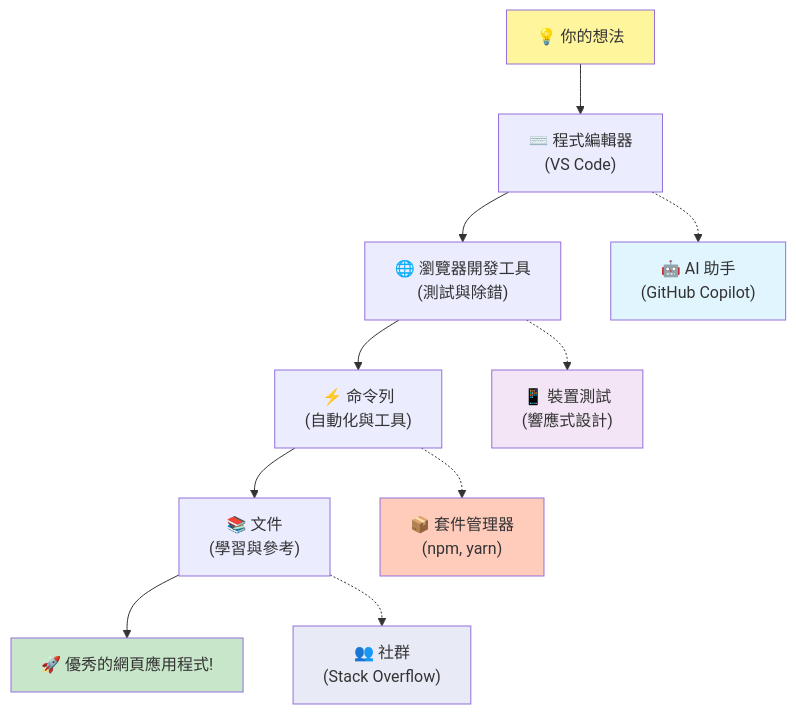
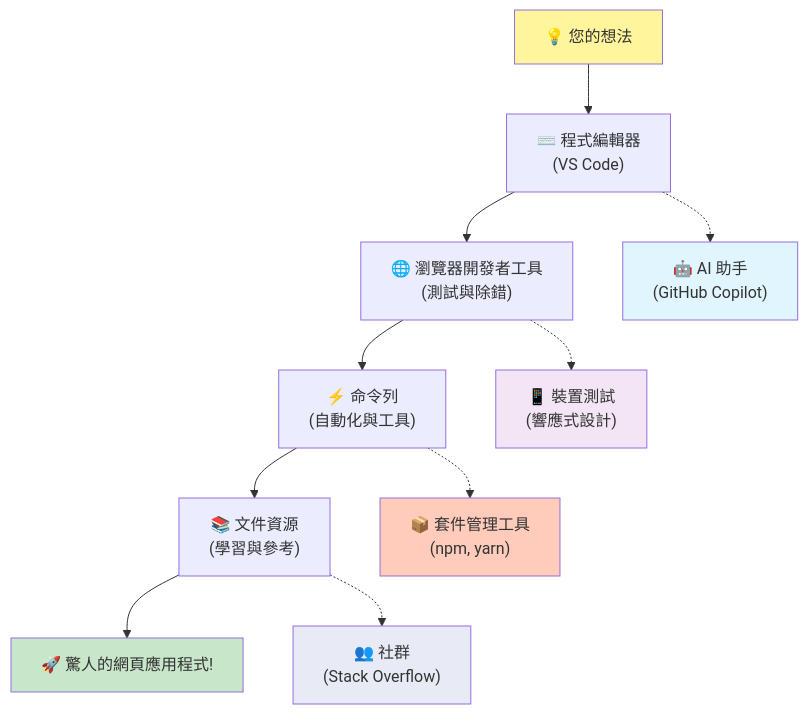
Before and after one commit to microsoft/Web-Dev-For-Beginners: the fifth of 7 diagrams in translations/zh-TW/1-getting-started-lessons/1-intro-to-programming-languages/README.md, drawn with Mermaid. The commit also changed other lines of this file and 11 other files, not shown here.

````diff
--- a/translations/zh-TW/1-getting-started-lessons/1-intro-to-programming-languages/README.md
+++ b/translations/zh-TW/1-getting-started-lessons/1-intro-to-programming-languages/README.md
@@ -488,20 +487,20 @@
 ```mermaid
 graph TD
-    A["💡 你的想法"] --> B["⌨️ 程式編輯器<br/>(VS Code)"] 
-    B --> C["🌐 瀏覽器開發工具<br/>(測試與除錯)"]
+    A["💡 您的想法"] --> B["⌨️ 程式編輯器<br/>(VS Code)"] 
+    B --> C["🌐 瀏覽器開發者工具<br/>(測試與除錯)"]
     C --> D["⚡ 命令列<br/>(自動化與工具)"]
-    D --> E["📚 文件<br/>(學習與參考)"]
-    E --> F["🚀 優秀的網頁應用程式!"]
+    D --> E["📚 文件資源<br/>(學習與參考)"]
+    E --> F["🚀 驚人的網頁應用程式!"]
     
     B -.-> G["🤖 AI 助手<br/>(GitHub Copilot)"]
     C -.-> H["📱 裝置測試<br/>(響應式設計)"]
-    D -.-> I["📦 套件管理器<br/>(npm, yarn)"]
+    D -.-> I["📦 套件管理工具<br/>(npm, yarn)"]
     E -.-> J["👥 社群<br/>(Stack Overflow)"]
     
     style A fill:#fff59d
     style F fill:#c8e6c9
     style G fill:#e1f5fe
     style H fill:#f3e5f5
     style I fill:#ffccbc
     style J fill:#e8eaf6
 ```
````
